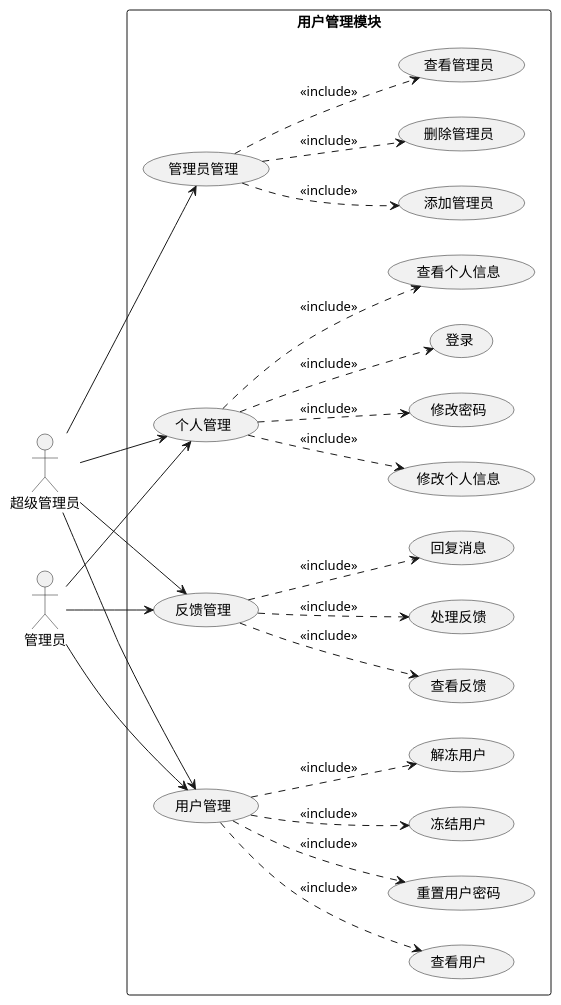
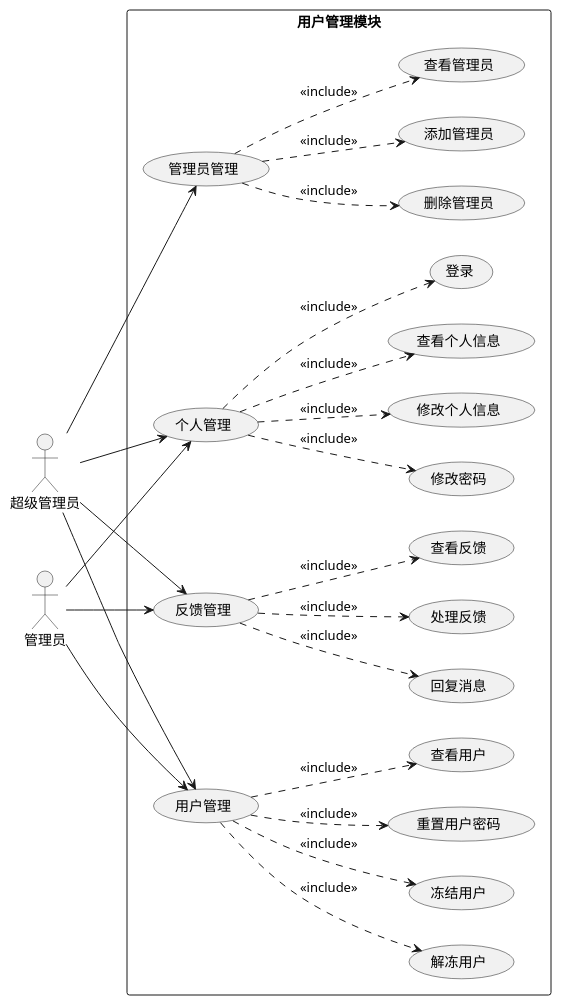
The diagram in src/main/java/com/zhaoxiao/uml/admin/adminMine.puml (zhaoxiao698/ZhiYing-server), drawn with PlantUML before and after one commit. The commit also changed other lines of this file and 16 other files, not shown here.

```diff
--- a/src/main/java/com/zhaoxiao/uml/admin/adminMine.puml
+++ b/src/main/java/com/zhaoxiao/uml/admin/adminMine.puml
@@ -1,29 +1,29 @@
 @startuml
 left to right direction
 skinparam packageStyle rectangle
 actor 管理员
 actor 超级管理员
 rectangle 用户管理模块 {
   管理员 --> (用户管理)
+  (用户管理) ..> (解冻用户) : <<include>>
+  (用户管理) ..> (冻结用户) : <<include>>
+  (用户管理) ..> (重置用户密码) : <<include>>
   (用户管理) ..> (查看用户) : <<include>>
-  (用户管理) ..> (重置用户密码) : <<include>>
-  (用户管理) ..> (冻结用户) : <<include>>
-  (用户管理) ..> (解冻用户) : <<include>>
   超级管理员 --> (用户管理)
   超级管理员 --> (管理员管理)
   (管理员管理) ..> (查看管理员) : <<include>>
+  (管理员管理) ..> (删除管理员) : <<include>>
   (管理员管理) ..> (添加管理员) : <<include>>
-  (管理员管理) ..> (删除管理员) : <<include>>
   管理员 --> (反馈管理)
   超级管理员 --> (反馈管理)
+  (反馈管理) ..> (回复消息) : <<include>>
+  (反馈管理) ..> (处理反馈) : <<include>>
   (反馈管理) ..> (查看反馈) : <<include>>
-  (反馈管理) ..> (处理反馈) : <<include>>
-  (反馈管理) ..> (回复消息) : <<include>>
   管理员 --> (个人管理)
   超级管理员 --> (个人管理)
+  (个人管理) ..> (查看个人信息) : <<include>>
   (个人管理) ..> (登录) : <<include>>
-  (个人管理) ..> (查看个人信息) : <<include>>
+  (个人管理) ..> (修改密码) : <<include>>
   (个人管理) ..> (修改个人信息) : <<include>>
-  (个人管理) ..> (修改密码) : <<include>>
 }
 @enduml
```
